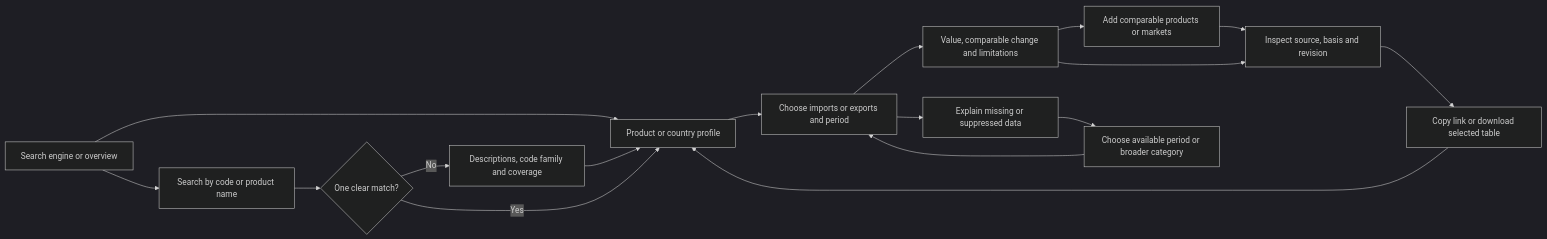
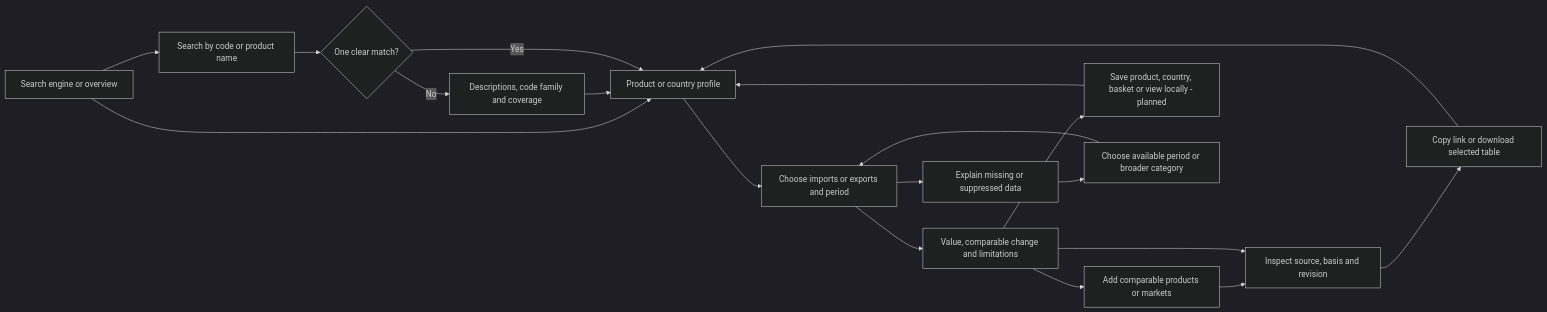
The first of 2 diagrams in docs/design/02-experience-and-seo.md (Vasuki8/us-trade-explorer), drawn with Mermaid (dark theme) before and after one commit. The commit also changed other lines of this file and 17 other files, not shown here.

````diff
--- a/docs/design/02-experience-and-seo.md
+++ b/docs/design/02-experience-and-seo.md
@@ -7,19 +9,21 @@
 ```mermaid
 flowchart LR
   Entry[Search engine or overview] --> Profile[Product or country profile]
   Entry --> Search[Search by code or product name]
   Search --> Ambiguous{One clear match?}
   Ambiguous -->|No| Results[Descriptions, code family and coverage]
   Results --> Profile
   Ambiguous -->|Yes| Profile
   Profile --> Select[Choose imports or exports and period]
   Select --> Read[Value, comparable change and limitations]
   Read --> Compare[Add comparable products or markets]
   Compare --> Sources[Inspect source, basis and revision]
   Read --> Sources
   Sources --> Export[Copy link or download selected table]
+  Read --> LocalSave[Save product, country, basket or view locally - planned]
+  LocalSave --> Profile
   Export --> Profile
   Select --> Missing[Explain missing or suppressed data]
   Missing --> Alternative[Choose available period or broader category]
   Alternative --> Select
 ```
````
